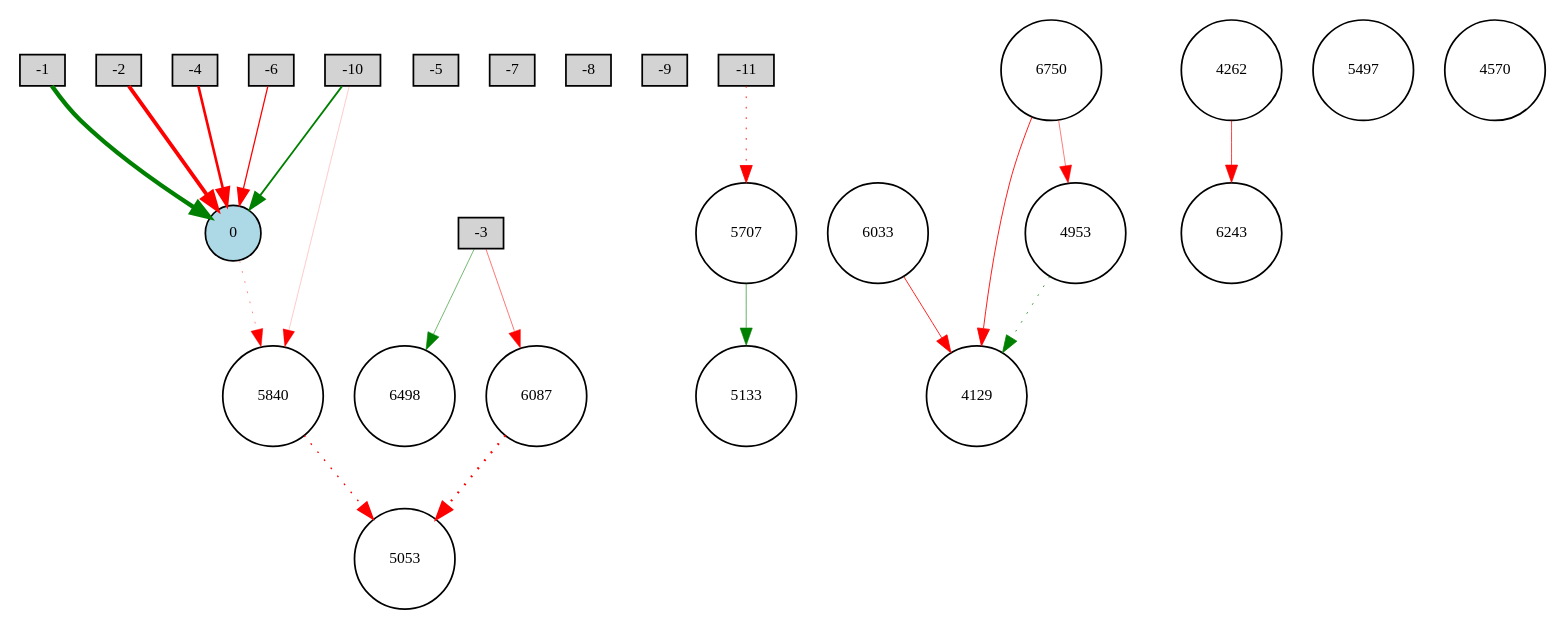
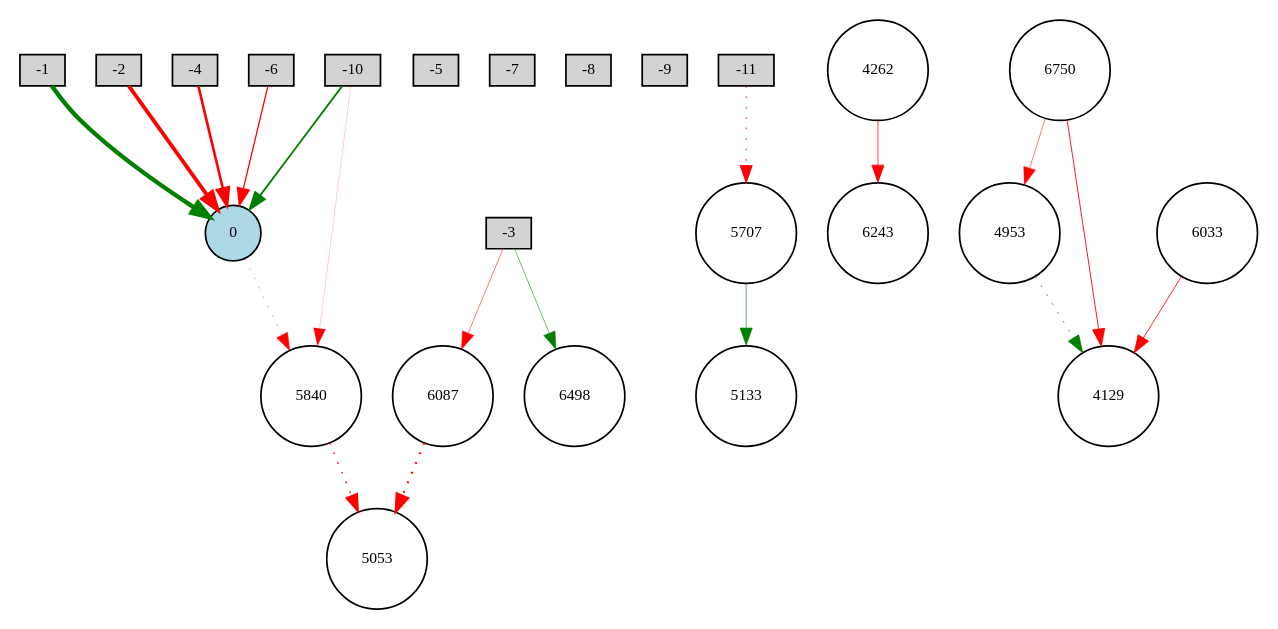
One commit to rodmonic/DragonWoodAI changed the diagram in Digraph.gv. Above: the diagram before and after it, drawn with Graphviz. The commit also changed 10 other files, not shown here.

```diff
--- a/Digraph.gv
+++ b/Digraph.gv
@@ -1,47 +1,33 @@
 digraph {
 	node [fontsize=9 height=0.2 shape=circle width=0.2]
 	-1 [fillcolor=lightgray shape=box style=filled]
 	-2 [fillcolor=lightgray shape=box style=filled]
 	-3 [fillcolor=lightgray shape=box style=filled]
 	-4 [fillcolor=lightgray shape=box style=filled]
 	-5 [fillcolor=lightgray shape=box style=filled]
 	-6 [fillcolor=lightgray shape=box style=filled]
 	-7 [fillcolor=lightgray shape=box style=filled]
 	-8 [fillcolor=lightgray shape=box style=filled]
 	-9 [fillcolor=lightgray shape=box style=filled]
 	-10 [fillcolor=lightgray shape=box style=filled]
 	-11 [fillcolor=lightgray shape=box style=filled]
 	0 [fillcolor=lightblue style=filled]
-	4129 [fillcolor=white style=filled]
-	6498 [fillcolor=white style=filled]
-	6243 [fillcolor=white style=filled]
-	4262 [fillcolor=white style=filled]
-	6087 [fillcolor=white style=filled]
-	5497 [fillcolor=white style=filled]
-	5707 [fillcolor=white style=filled]
-	5133 [fillcolor=white style=filled]
-	5840 [fillcolor=white style=filled]
-	6033 [fillcolor=white style=filled]
-	4953 [fillcolor=white style=filled]
-	4570 [fillcolor=white style=filled]
-	5053 [fillcolor=white style=filled]
-	6750 [fillcolor=white style=filled]
 	-1 -> 0 [color=green penwidth=2.5615065787806572 style=solid]
 	-2 -> 0 [color=red penwidth=2.1869179380886457 style=solid]
 	-6 -> 0 [color=red penwidth=0.7353477721735348 style=solid]
 	-11 -> 5707 [color=red penwidth=0.502033044464371 style=dotted]
 	5707 -> 5133 [color=green penwidth=0.3497830110931208 style=solid]
 	5840 -> 5053 [color=red penwidth=0.7886409526652685 style=dotted]
 	-4 -> 0 [color=red penwidth=1.5175949412765677 style=solid]
 	4262 -> 6243 [color=red penwidth=0.4286748148780468 style=solid]
 	-10 -> 0 [color=green penwidth=1.0398488374310717 style=solid]
 	4953 -> 4129 [color=green penwidth=0.45737968747200164 style=dotted]
 	6087 -> 5053 [color=red penwidth=1.3244828023330342 style=dotted]
 	6750 -> 4129 [color=red penwidth=0.507105855883872 style=solid]
 	-10 -> 5840 [color=red penwidth=0.11830282928313057 style=solid]
 	0 -> 5840 [color=red penwidth=0.2684340663632153 style=dotted]
 	-3 -> 6498 [color=green penwidth=0.3242339311522755 style=solid]
 	6033 -> 4129 [color=red penwidth=0.4899397823396422 style=solid]
 	6750 -> 4953 [color=red penwidth=0.29654808854354286 style=solid]
 	-3 -> 6087 [color=red penwidth=0.3081895345637632 style=solid]
 }
```
